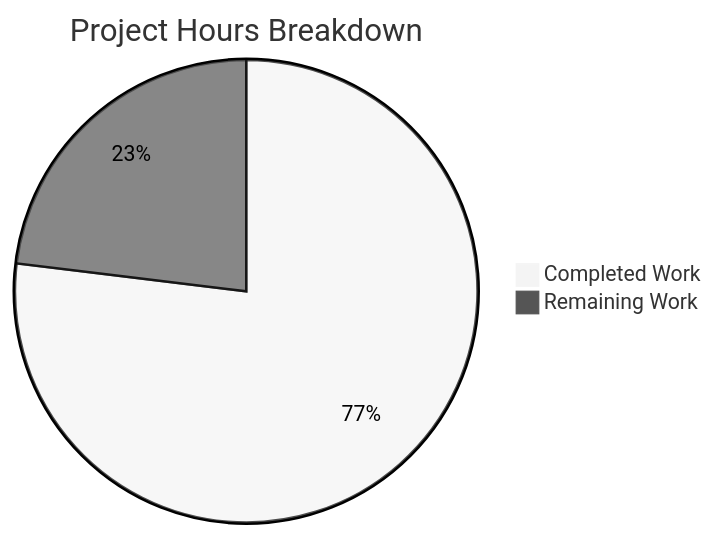
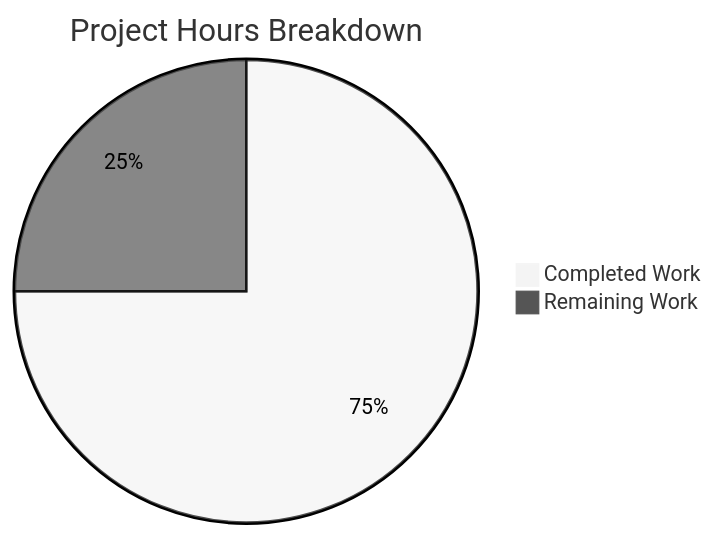
One commit to Sandeep01Kumar/SK-5-FEB changed the diagram in blitzy/documentation/Project Guide.md. Above: the diagram before and after it, drawn with Mermaid (neutral theme). The commit also changed other lines of this file, not shown here.

````diff
--- a/blitzy/documentation/Project Guide.md
+++ b/blitzy/documentation/Project Guide.md
@@ -87,5 +130,5 @@
 ```mermaid
 pie title Project Hours Breakdown
-    "Completed Work" : 10
+    "Completed Work" : 9
     "Remaining Work" : 3
 ```
````
